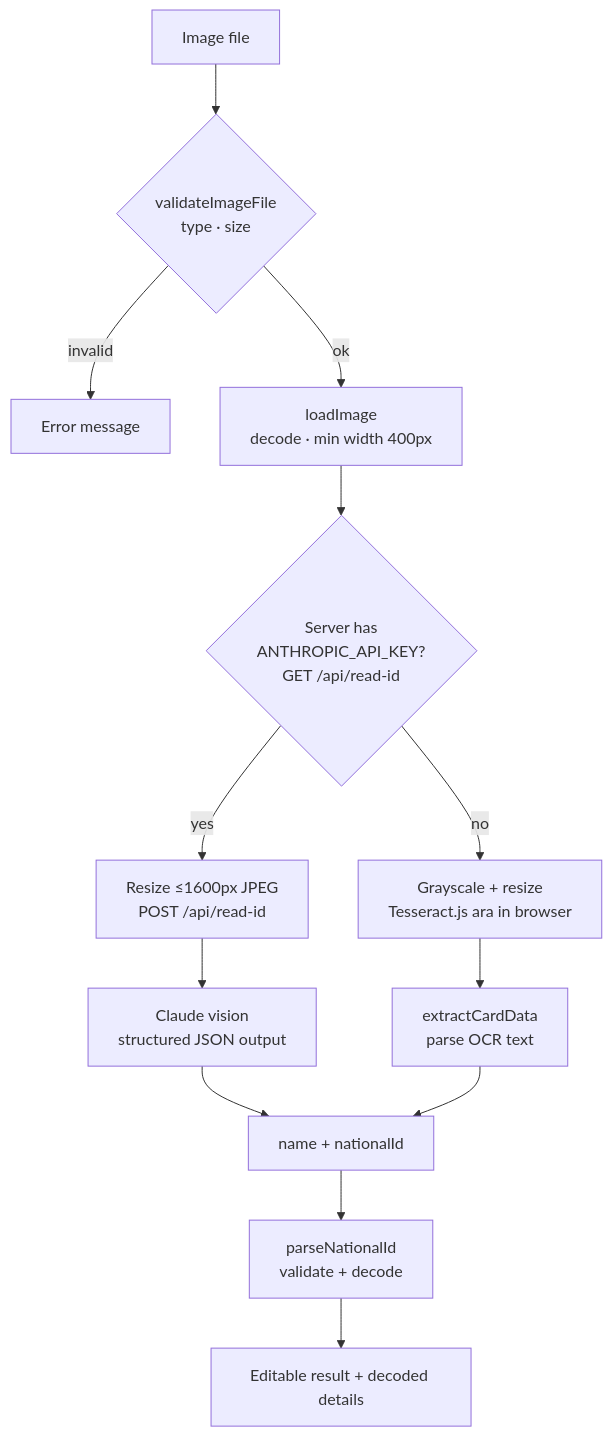
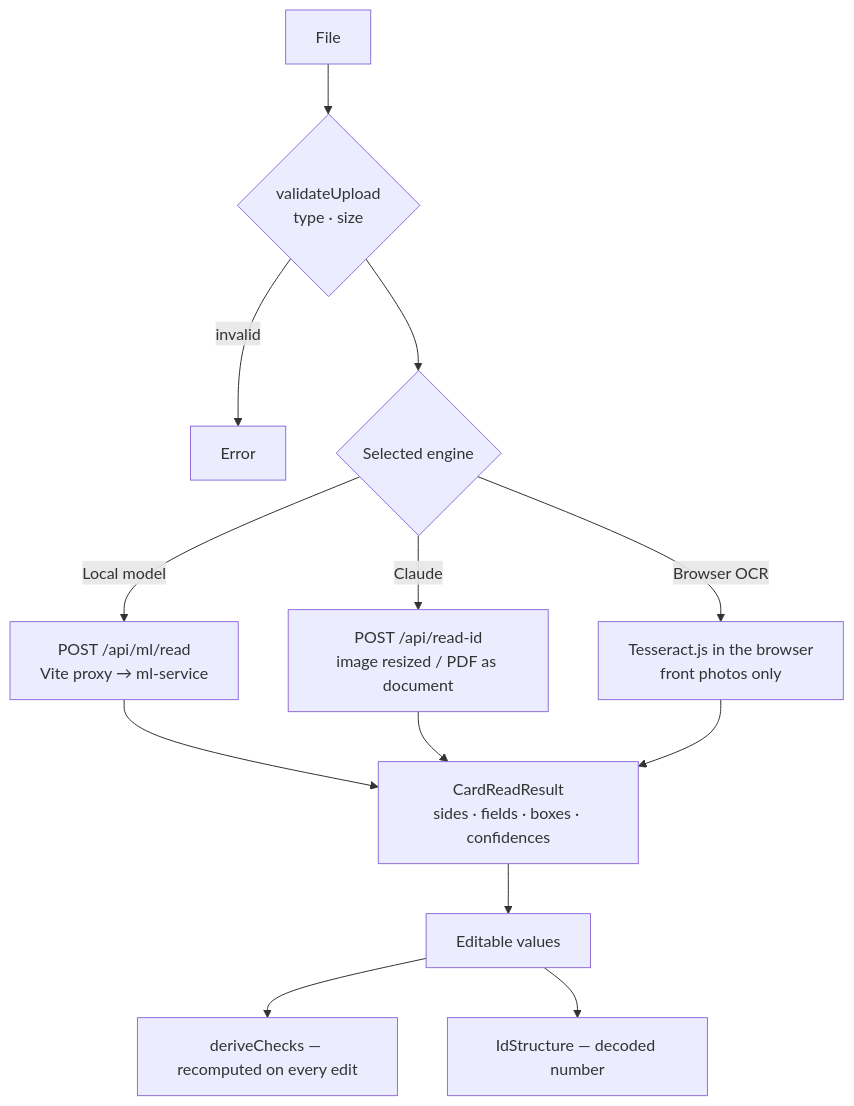
One commit to Redolid/egic-assignment changed the diagram in docs/task-2-national-id.md. Above: the diagram before and after it, drawn with Mermaid. The commit also changed other lines of this file and 64 other files, not shown here.

````diff
--- a/docs/task-2-national-id.md
+++ b/docs/task-2-national-id.md
@@ -19,15 +36,15 @@
 ```mermaid
 flowchart TD
-  A[Image file] --> B{validateImageFile<br/>type · size}
-  B -- invalid --> E1[Error message]
-  B -- ok --> C[loadImage<br/>decode · min width 400px]
-  C --> D{Server has<br/>ANTHROPIC_API_KEY?<br/>GET /api/read-id}
-  D -- yes --> F[Resize ≤1600px JPEG<br/>POST /api/read-id]
-  F --> G[Claude vision<br/>structured JSON output]
-  D -- no --> H[Grayscale + resize<br/>Tesseract.js ara in browser]
-  H --> I[extractCardData<br/>parse OCR text]
-  G --> J[name + nationalId]
-  I --> J
-  J --> K[parseNationalId<br/>validate + decode]
-  K --> L[Editable result + decoded details]
+  A[File] --> B{validateUpload<br/>type · size}
+  B -- invalid --> E1[Error]
+  B --> C{Selected engine}
+  C -- Local model --> L[POST /api/ml/read<br/>Vite proxy → ml-service]
+  C -- Claude --> K[POST /api/read-id<br/>image resized / PDF as document]
+  C -- Browser OCR --> T[Tesseract.js in the browser<br/>front photos only]
+  L --> R[CardReadResult<br/>sides · fields · boxes · confidences]
+  K --> R
+  T --> R
+  R --> V[Editable values]
+  V --> X[deriveChecks — recomputed on every edit]
+  V --> S[IdStructure — decoded number]
 ```
````
